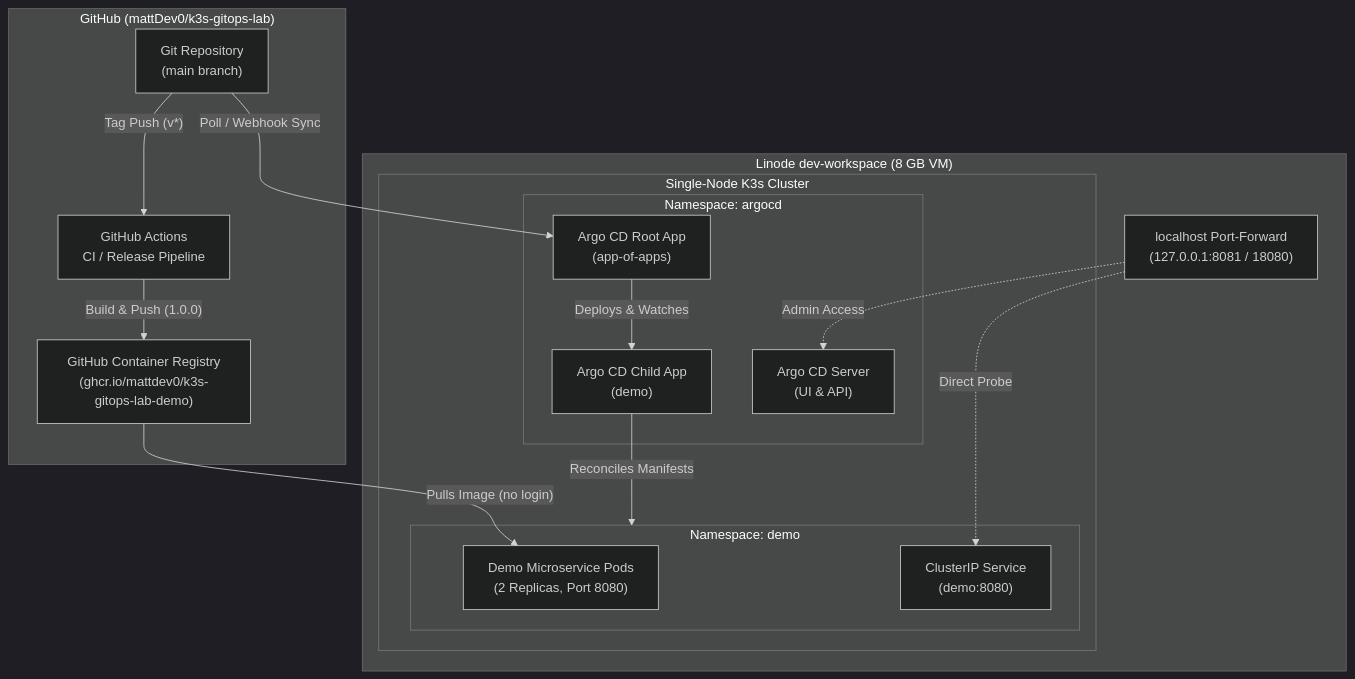
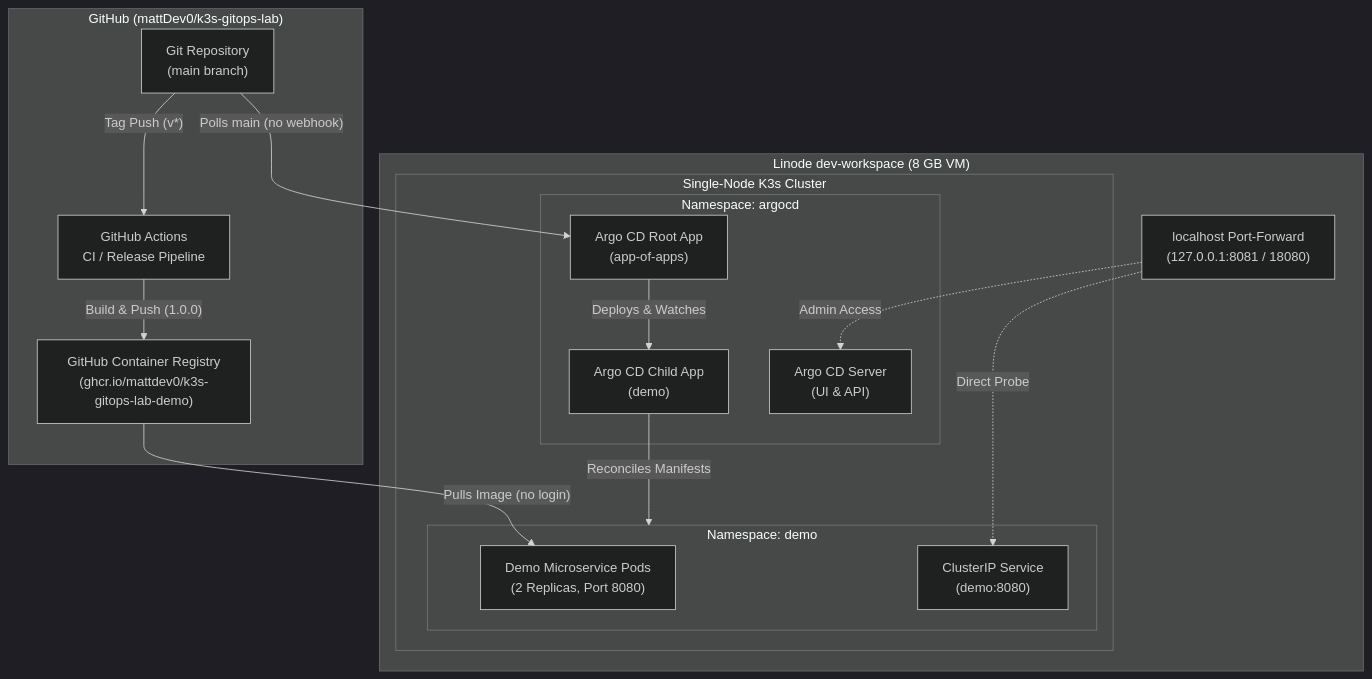
The diagram in docs/architecture.md (mattDev0/k3s-gitops-lab), drawn with Mermaid (dark theme) before and after one commit. The commit also changed other lines of this file and 4 other files, not shown here.

Commit message:
fix: validate Argo CD CRDs in CI, single AppProject source, correct docs

````diff
--- a/docs/architecture.md
+++ b/docs/architecture.md
@@ -7,34 +7,34 @@
 ```mermaid
 flowchart TD
     subgraph GitHub ["GitHub (mattDev0/k3s-gitops-lab)"]
-        GitRepo["Git Repository\n(main branch)"]
-        GHA["GitHub Actions\nCI / Release Pipeline"]
-        GHCR["GitHub Container Registry\n(ghcr.io/mattdev0/k3s-gitops-lab-demo)"]
+        GitRepo["Git Repository<br/>(main branch)"]
+        GHA["GitHub Actions<br/>CI / Release Pipeline"]
+        GHCR["GitHub Container Registry<br/>(ghcr.io/mattdev0/k3s-gitops-lab-demo)"]
     end
 
     subgraph LinodeVM ["Linode dev-workspace (8 GB VM)"]
         subgraph K3sCluster ["Single-Node K3s Cluster"]
             subgraph ArgoCDNamespace ["Namespace: argocd"]
-                RootApp["Argo CD Root App\n(app-of-apps)"]
-                DemoApp["Argo CD Child App\n(demo)"]
-                ArgoServer["Argo CD Server\n(UI & API)"]
+                RootApp["Argo CD Root App<br/>(app-of-apps)"]
+                DemoApp["Argo CD Child App<br/>(demo)"]
+                ArgoServer["Argo CD Server<br/>(UI & API)"]
             end
 
             subgraph DemoNamespace ["Namespace: demo"]
-                DemoPods["Demo Microservice Pods\n(2 Replicas, Port 8080)"]
-                DemoSvc["ClusterIP Service\n(demo:8080)"]
+                DemoPods["Demo Microservice Pods<br/>(2 Replicas, Port 8080)"]
+                DemoSvc["ClusterIP Service<br/>(demo:8080)"]
             end
         end
 
-        LocalPortForward["localhost Port-Forward\n(127.0.0.1:8081 / 18080)"]
+        LocalPortForward["localhost Port-Forward<br/>(127.0.0.1:8081 / 18080)"]
     end
 
     GitRepo -->|"Tag Push (v*)"| GHA
     GHA -->|"Build & Push (1.0.0)"| GHCR
-    GitRepo -->|"Poll / Webhook Sync"| RootApp
+    GitRepo -->|"Polls main (no webhook)"| RootApp
     RootApp -->|"Deploys & Watches"| DemoApp
     DemoApp -->|"Reconciles Manifests"| DemoNamespace
     GHCR -->|"Pulls Image (no login)"| DemoPods
     LocalPortForward -.->|"Admin Access"| ArgoServer
     LocalPortForward -.->|"Direct Probe"| DemoSvc
 ```
````
